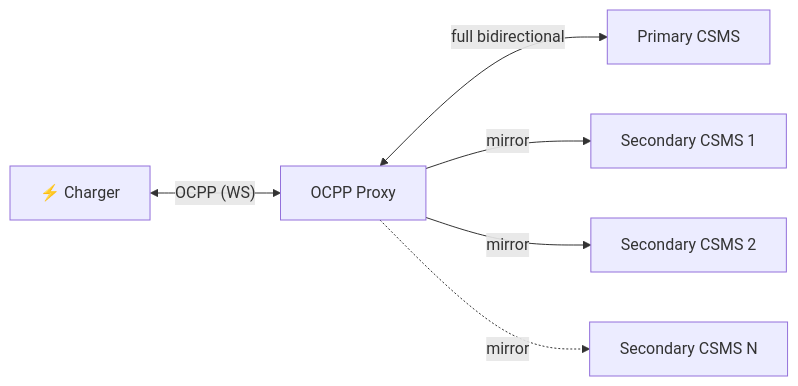
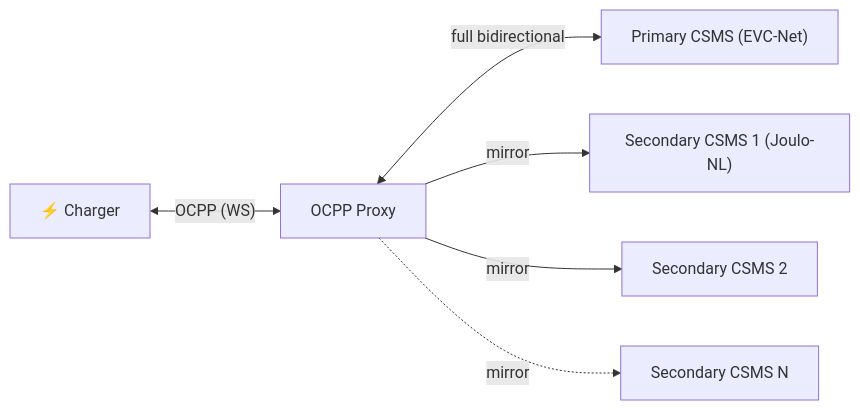
The diagram in README.md (jrverheij/joulo-ocpp-proxy), drawn with Mermaid before and after one commit. The commit also changed other lines of this file and 3 other files, not shown here.

````diff
--- a/README.md
+++ b/README.md
@@ -23,15 +18,15 @@
 ```mermaid
 graph LR
     Charger["⚡ Charger"]
     Proxy["OCPP Proxy"]
-    Primary["Primary CSMS"]
-    S1["Secondary CSMS 1"]
+    Primary["Primary CSMS (EVC-Net)"]
+    S1["Secondary CSMS 1 (Joulo-NL)"]
     S2["Secondary CSMS 2"]
     SN["Secondary CSMS N"]
 
     Charger <-->|"OCPP (WS)"| Proxy
     Proxy <-->|"full bidirectional"| Primary
     Proxy -->|"mirror"| S1
     Proxy -->|"mirror"| S2
     Proxy -.->|"mirror"| SN
 ```
````
